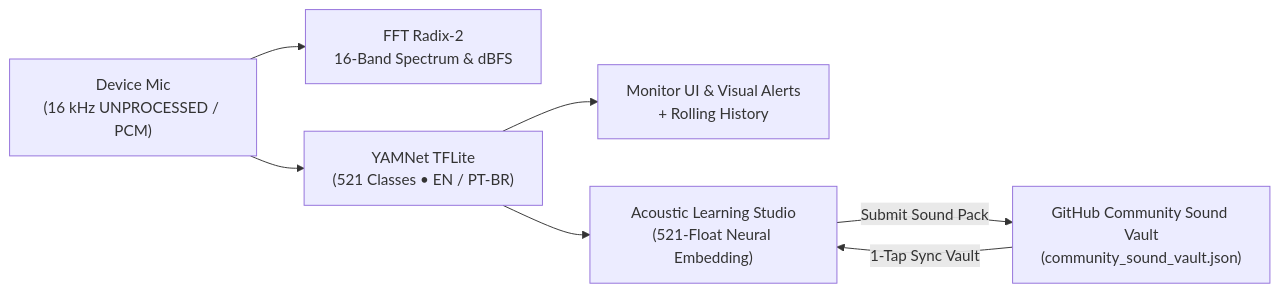
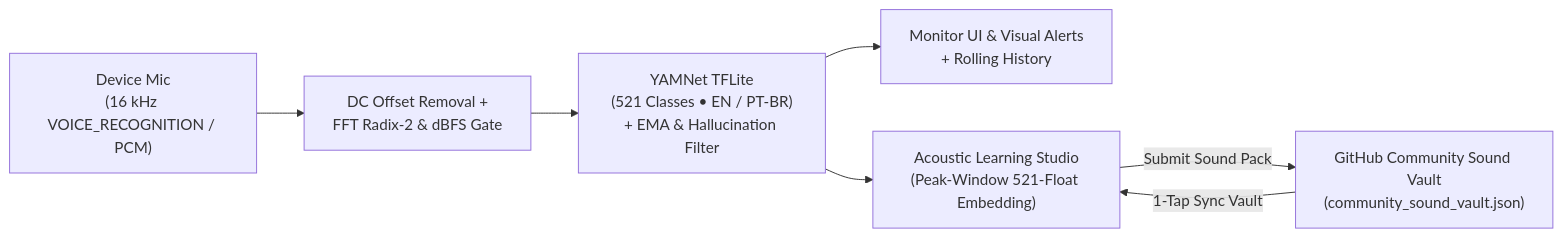
Before and after one commit to ferzferax/HeardWord: the diagram in README.md, drawn with Mermaid. The commit also changed other lines of this file and 9 other files, not shown here.

Commit message:
release: HeardWord v0.2.0-alpha - Acoustic Noise Gate, EMA Smoothing & Hallucination Filter

````diff
--- a/README.md
+++ b/README.md
@@ -33,9 +33,9 @@
 ```mermaid
 flowchart LR
-    A["Device Mic<br/>(16 kHz UNPROCESSED / PCM)"] --> B["FFT Radix-2<br/>16-Band Spectrum & dBFS"]
-    A --> C["YAMNet TFLite<br/>(521 Classes • EN / PT-BR)"]
+    A["Device Mic<br/>(16 kHz VOICE_RECOGNITION / PCM)"] --> B["DC Offset Removal +<br/>FFT Radix-2 & dBFS Gate"]
+    B --> C["YAMNet TFLite<br/>(521 Classes • EN / PT-BR)<br/>+ EMA & Hallucination Filter"]
     C --> D["Monitor UI & Visual Alerts<br/>+ Rolling History"]
-    C --> E["Acoustic Learning Studio<br/>(521-Float Neural Embedding)"]
+    C --> E["Acoustic Learning Studio<br/>(Peak-Window 521-Float Embedding)"]
     E -->|Submit Sound Pack| F["GitHub Community Sound Vault<br/>(community_sound_vault.json)"]
     F -->|1-Tap Sync Vault| E
 ```
````
